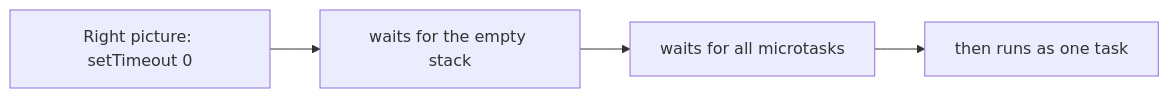
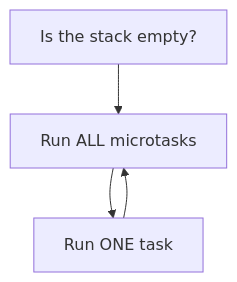
Before and after one commit to starjustice/research-material: the third of 4 diagrams in learn/javascript/11-the-event-loop.md, drawn with Mermaid. The commit also changed other lines of this file, not shown here.

````diff
--- a/learn/javascript/11-the-event-loop.md
+++ b/learn/javascript/11-the-event-loop.md
@@ -91,6 +108,6 @@
 ```mermaid
-graph LR
-    A["Right picture: setTimeout 0"] --> B["waits for the empty stack"]
-    B --> C["waits for all microtasks"]
-    C --> D["then runs as one task"]
+graph TB
+    A["Is the stack empty?"] --> B["Run ALL microtasks"]
+    B --> C["Run ONE task"]
+    C --> B
 ```
````
